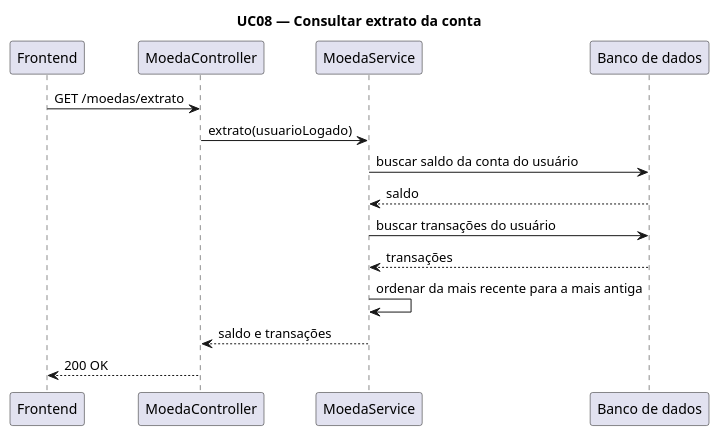
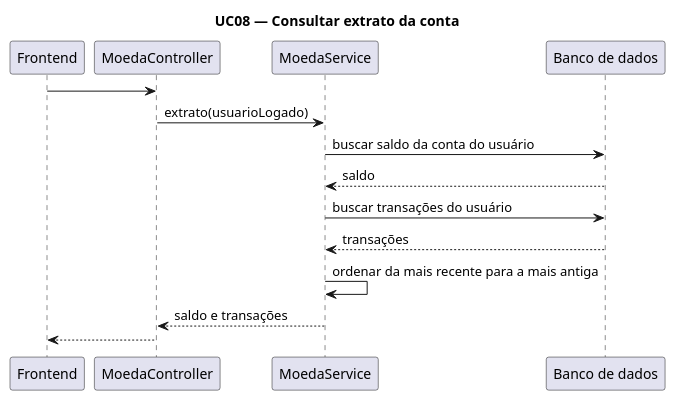
One commit to brunokilo/lab03-projetoSoftware changed the diagram in docs/diagramas/diagrama-de-sequencia-consultar-extrato.puml. Above: the diagram before and after it, drawn with PlantUML. The commit also changed 4 other files, not shown here.

```diff
--- a/docs/diagramas/diagrama-de-sequencia-consultar-extrato.puml
+++ b/docs/diagramas/diagrama-de-sequencia-consultar-extrato.puml
@@ -1,18 +1,18 @@
 @startuml sequencia_consultar_extrato
 title UC08 — Consultar extrato da conta
 
 participant Frontend
 participant MoedaController
 participant MoedaService
 participant "Banco de dados" as BD
 
-Frontend -> MoedaController : GET /moedas/extrato
+Frontend -> MoedaController : 
 MoedaController -> MoedaService : extrato(usuarioLogado)
 MoedaService -> BD : buscar saldo da conta do usuário
 BD --> MoedaService : saldo
 MoedaService -> BD : buscar transações do usuário
 BD --> MoedaService : transações
 MoedaService -> MoedaService : ordenar da mais recente para a mais antiga
 MoedaService --> MoedaController : saldo e transações
-MoedaController --> Frontend : 200 OK
+MoedaController --> Frontend : 
 @enduml
```
